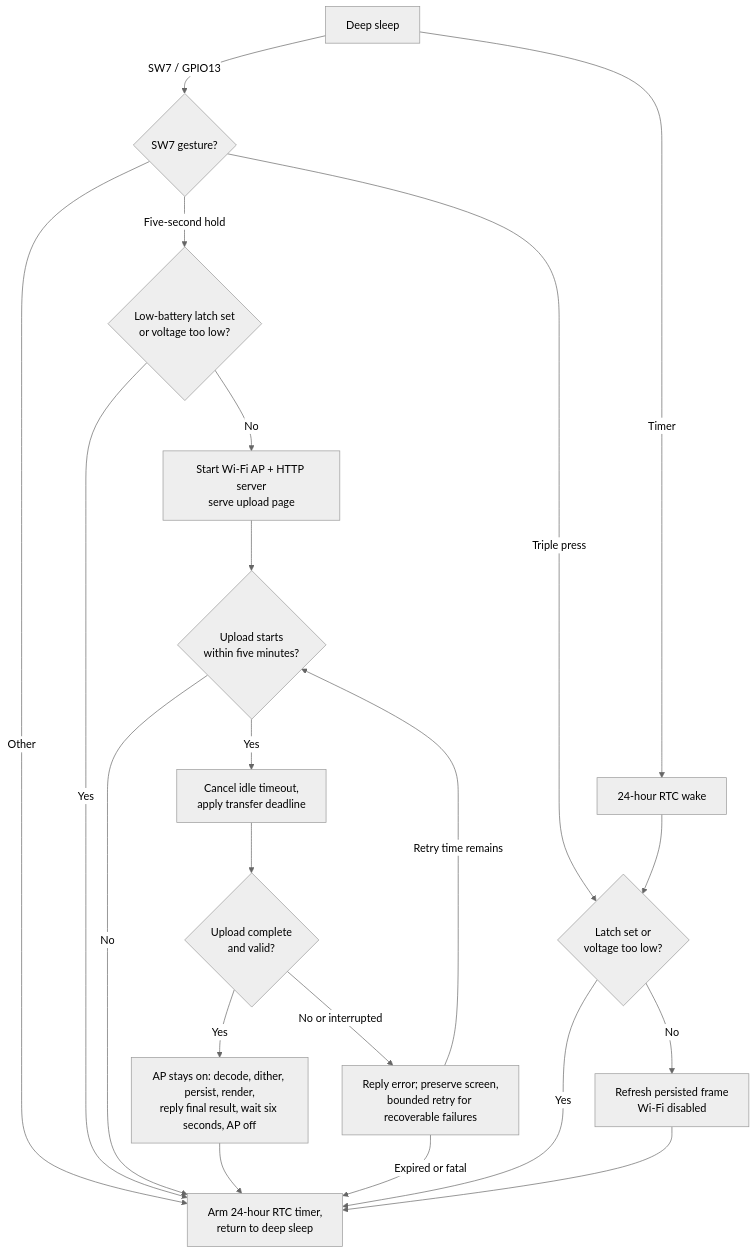
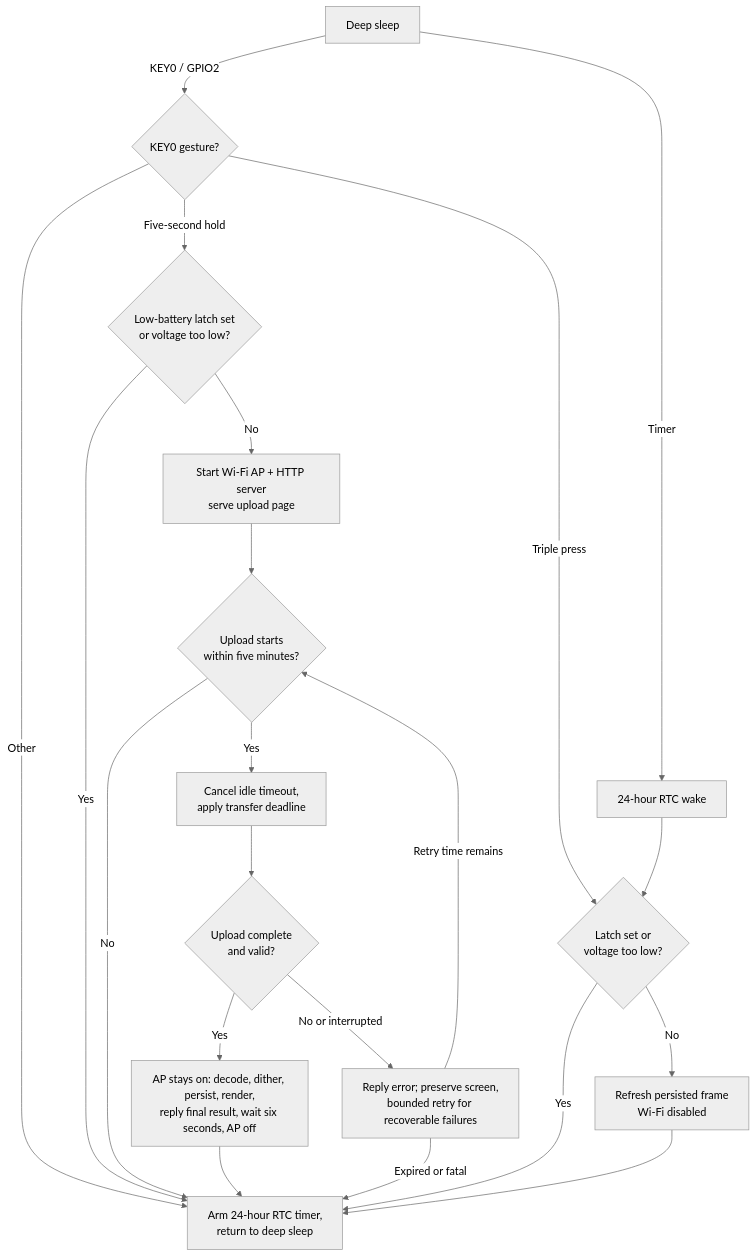
The second of 2 diagrams in docs/PLAN.md (Maokx1/hof_frame), drawn with Mermaid (neutral theme) before and after one commit. The commit also changed other lines of this file and 2 other files, not shown here.

````diff
--- a/docs/PLAN.md
+++ b/docs/PLAN.md
@@ -218,31 +219,31 @@
 ```mermaid
 flowchart TD
     A["Deep sleep"]
     B["Start Wi-Fi AP + HTTP server<br/>serve upload page"]
     D{"Upload starts<br/>within five minutes?"}
     E["Arm 24-hour RTC timer,<br/>return to deep sleep"]
     F["Cancel idle timeout,<br/>apply transfer deadline"]
     G{"Upload complete<br/>and valid?"}
     H["AP stays on: decode, dither, persist, render,<br/>reply final result, wait six seconds, AP off"]
     I["Reply error; preserve screen,<br/>bounded retry for recoverable failures"]
     J["24-hour RTC wake"]
     K["Refresh persisted frame<br/>Wi-Fi disabled"]
     L{"Low-battery latch set<br/>or voltage too low?"}
     L2{"Latch set or<br/>voltage too low?"}
 
-    A -->|"SW7 / GPIO13"| Q{"SW7 gesture?"}
+    A -->|"KEY0 / GPIO2"| Q{"KEY0 gesture?"}
     Q -->|"Other"| E
     Q -->|"Five-second hold"| L
     Q -->|"Triple press"| L2
     L -->|Yes| E
     L -->|No| B --> D
     D -->|No| E
     D -->|Yes| F --> G
     G -->|Yes| H --> E
     G -->|No or interrupted| I
     I -->|Retry time remains| D
     I -->|Expired or fatal| E
     A -->|Timer| J --> L2
     L2 -->|Yes| E
     L2 -->|No| K --> E
 ```
````
